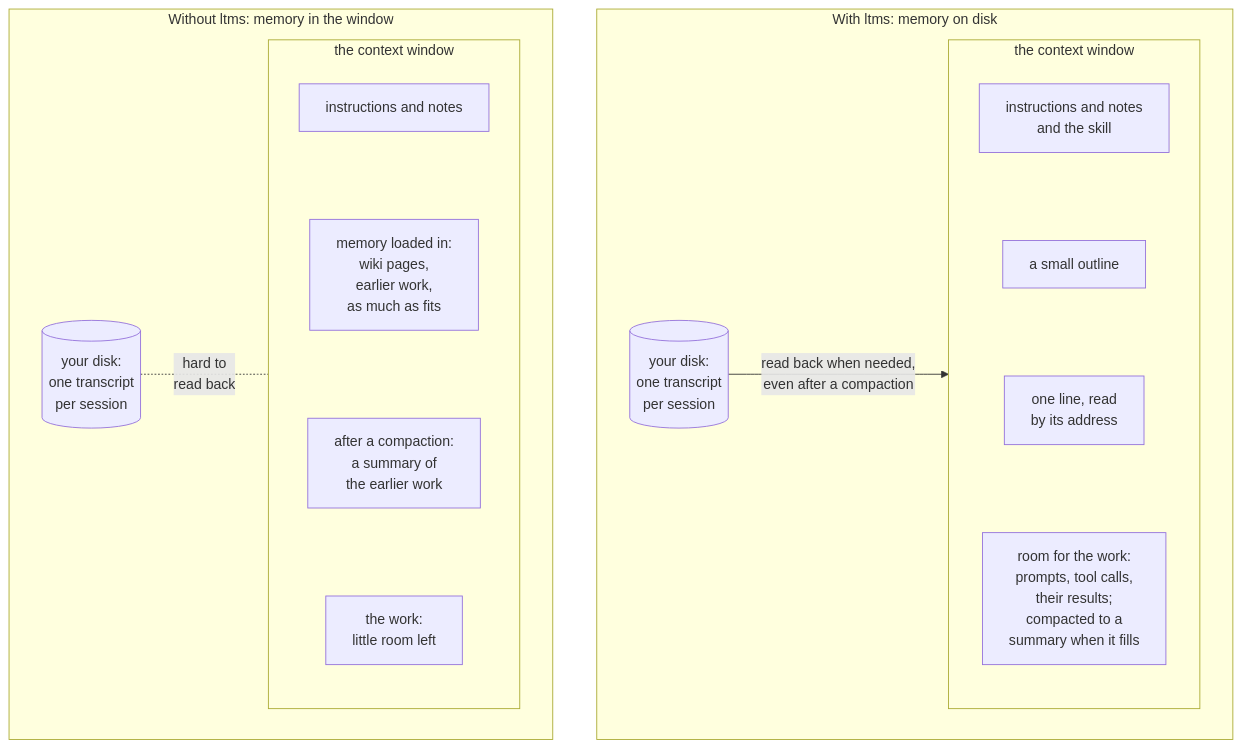
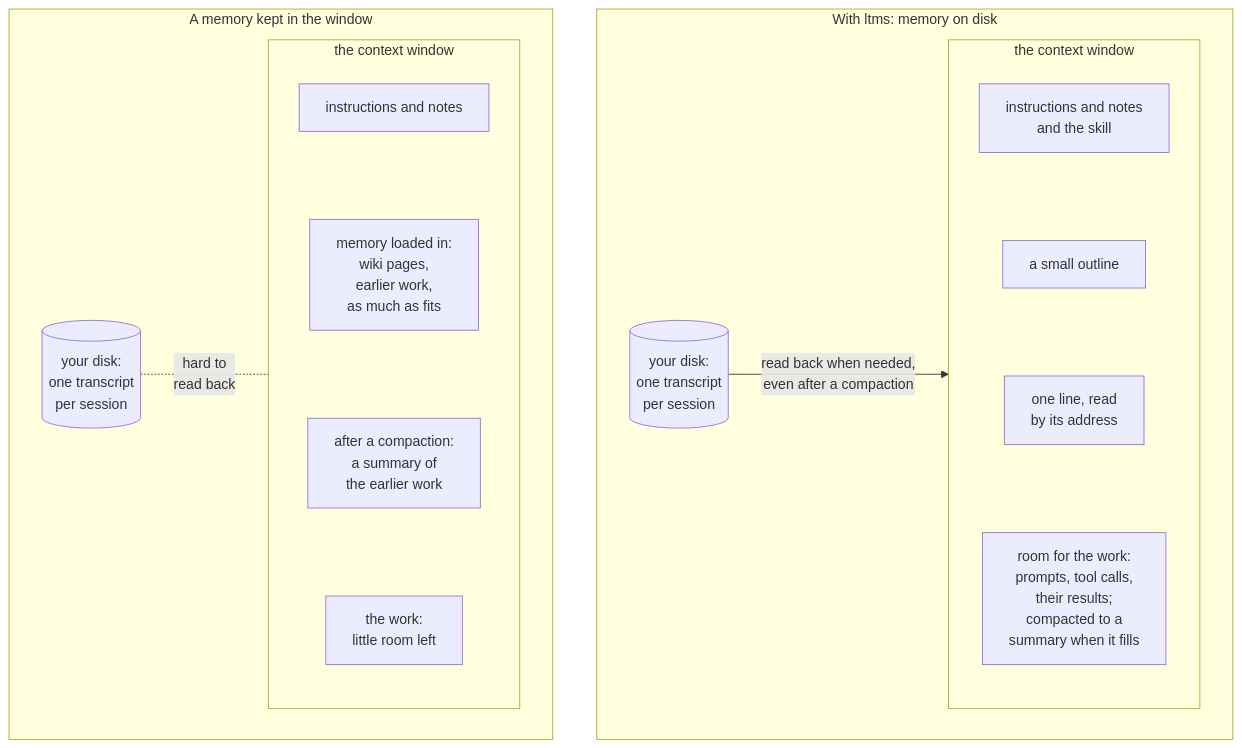
The third of 6 diagrams in profile/README.md (long-term-memory-structure/.github), drawn with Mermaid before and after one commit. The commit also changed other lines of this file and 4 other files, not shown here.

First line of the commit message:
The third check's corrections: the memory sentence, the skill's cost, the diagram's left side, and a few slips

````diff
--- a/profile/README.md
+++ b/profile/README.md
@@ -105,24 +105,24 @@
 ```mermaid
 ---
 config:
   flowchart:
     wrappingWidth: 200
 ---
 flowchart TB
-  accTitle: The same context window, without ltms and with it
-  accDescr: Two context windows of the same size. Without ltms, memory is kept in the window: beside instructions and notes sit memory loaded in (wiki pages, earlier work, as much as fits) and, after a compaction, a summary of the earlier work, so little room is left for the work; the session files on your disk are hard to read back. With ltms, memory is kept on disk and read back when needed, even after a compaction: the window holds instructions, notes and the skill, a small outline, and one line read by its address; the rest of the window is for the work, which Claude Code still compacts to a summary when the window fills.
+  accTitle: The same context window, with a memory kept in it and with ltms
+  accDescr: Two context windows of the same size. With a memory kept in the window: beside instructions and notes sit memory loaded in (wiki pages, earlier work, as much as fits) and, after a compaction, a summary of the earlier work, so little room is left for the work; the session files on your disk are hard to read back. With ltms, memory is kept on disk and read back when needed, even after a compaction: the window holds instructions, notes and the skill, a small outline, and one line read by its address; the rest of the window is for the work, which Claude Code still compacts to a summary when the window fills.
   subgraph WITH["With ltms: memory on disk"]
     d2[("your disk:<br/>one transcript<br/>per session")]
     subgraph W2["the context window"]
       i2["instructions and notes<br/>and the skill"] ~~~ o2["a small outline"] ~~~ l2["one line, read<br/>by its address"] ~~~ k2["room for the work:<br/>prompts, tool calls,<br/>their results;<br/>compacted to a<br/>summary when it fills"]
     end
     d2 -->|"read back when needed,<br/>even after a compaction"| W2
   end
-  subgraph TODAY["Without ltms: memory in the window"]
+  subgraph INWINDOW["A memory kept in the window"]
     d1[("your disk:<br/>one transcript<br/>per session")]
     subgraph W1["the context window"]
       i1["instructions and notes"] ~~~ m1["memory loaded in:<br/>wiki pages,<br/>earlier work,<br/>as much as fits"] ~~~ u1["after a compaction:<br/>a summary of<br/>the earlier work"] ~~~ k1["the work:<br/>little room left"]
     end
     d1 -.-|"hard to<br/>read back"| W1
   end
 ```
````
